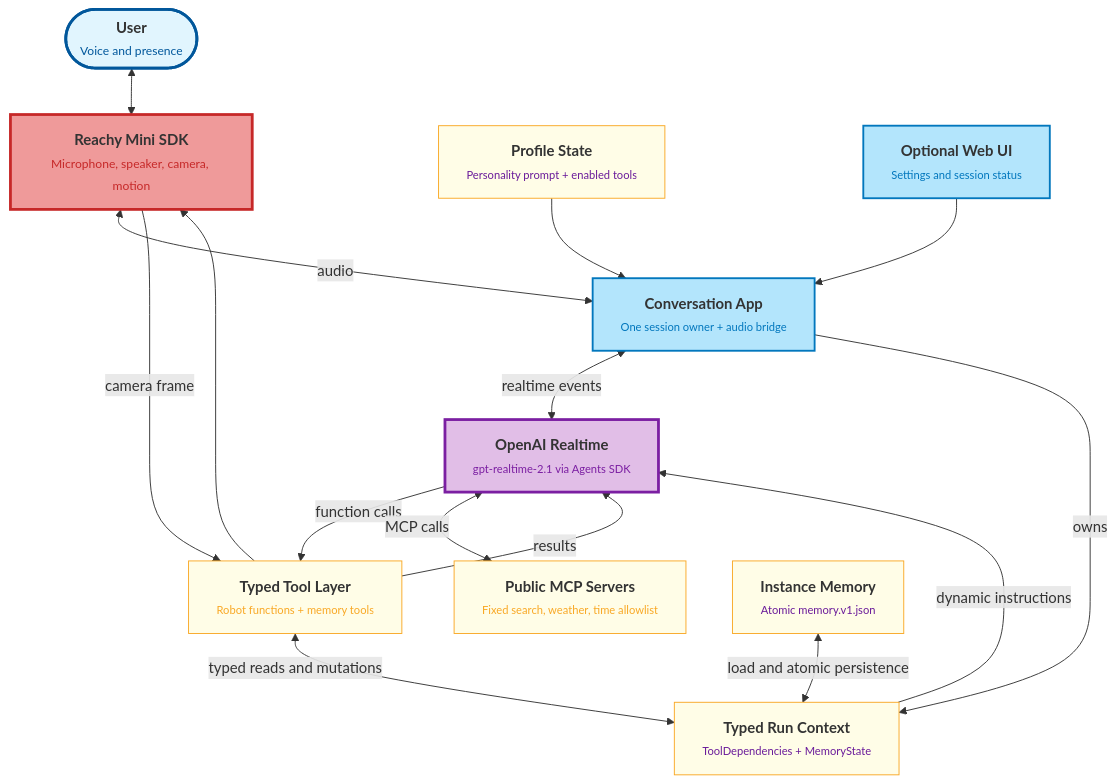
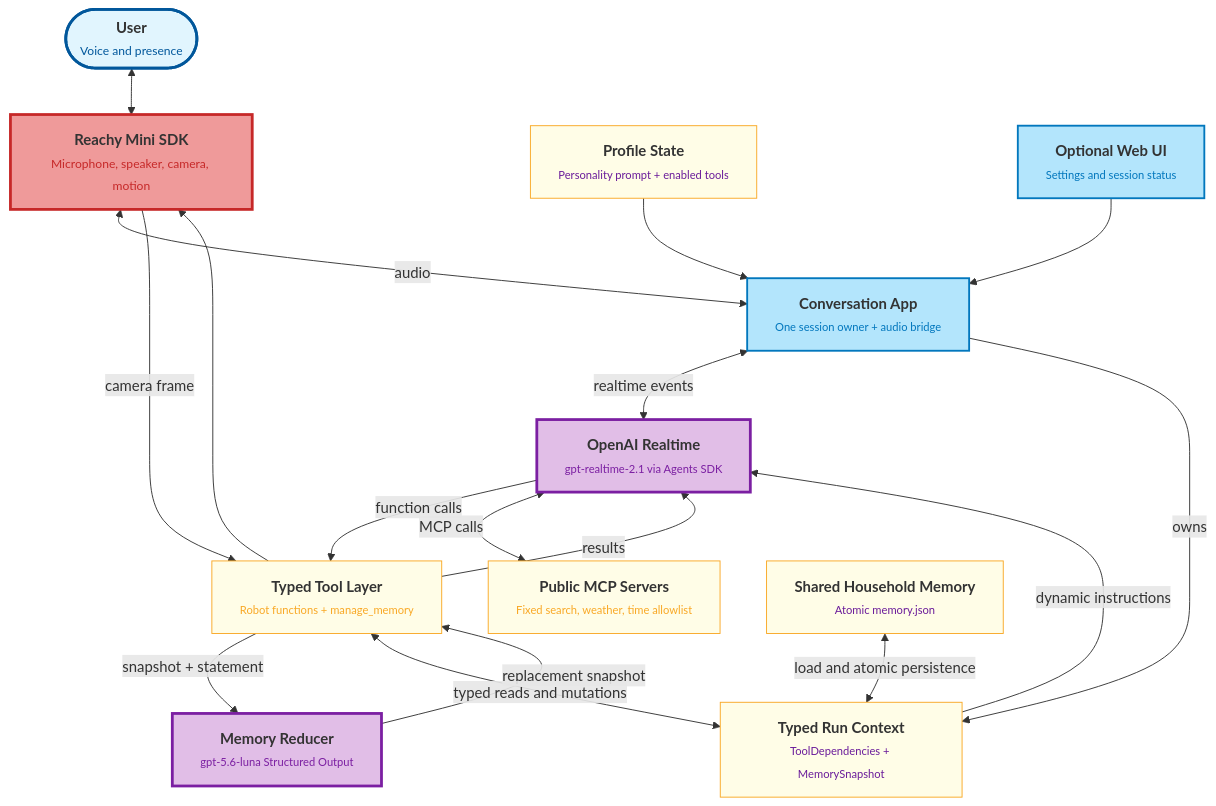
One commit to SaveTheRbtz/reachy_mini_conversation_app changed the diagram in docs/scheme.mmd. Above: the diagram before and after it, drawn with Mermaid. The commit also changed 33 other files, not shown here.

Commit message:
refactor: simplify shared household memory (#8)

```diff
--- a/docs/scheme.mmd
+++ b/docs/scheme.mmd
@@ -1,48 +1,52 @@
 ---
 config:
   layout: dagre
   flowchart:
     htmlLabels: true
 ---
 flowchart TB
     User(["<span style='font-size:16px;font-weight:bold;'>User</span><br><span style='font-size:13px;color:#01579b;'>Voice and presence</span>"])
     Robot@{ label: "<span style='font-size:16px;font-weight:bold;'>Reachy Mini SDK</span><br><span style='font-size:13px;color:#c62828;'>Microphone, speaker, camera, motion</span>" }
     App@{ label: "<span style='font-size:16px;font-weight:bold;'>Conversation App</span><br><span style='font-size:12px;color:#0277bd;'>One session owner + audio bridge</span>" }
     Realtime@{ label: "<span style='font-size:16px;font-weight:bold;'>OpenAI Realtime</span><br><span style='font-size:12px;color:#7b1fa2;'>gpt-realtime-2.1 via Agents SDK</span>" }
-    Tools@{ label: "<span style='font-size:16px;font-weight:bold;'>Typed Tool Layer</span><br><span style='font-size:12px;color:#f9a825;'>Robot functions + memory tools</span>" }
+    Tools@{ label: "<span style='font-size:16px;font-weight:bold;'>Typed Tool Layer</span><br><span style='font-size:12px;color:#f9a825;'>Robot functions + manage_memory</span>" }
+    Reducer@{ label: "<span style='font-size:16px;font-weight:bold;'>Memory Reducer</span><br><span style='font-size:12px;color:#7b1fa2;'>gpt-5.6-luna Structured Output</span>" }
     MCP@{ label: "<span style='font-size:16px;font-weight:bold;'>Public MCP Servers</span><br><span style='font-size:12px;color:#f9a825;'>Fixed search, weather, time allowlist</span>" }
     Profiles@{ label: "<span style='font-size:16px;font-weight:bold;'>Profile State</span><br><span style='font-size:12px;color:#6a1b9a;'>Personality prompt + enabled tools</span>" }
-    Context@{ label: "<span style='font-size:16px;font-weight:bold;'>Typed Run Context</span><br><span style='font-size:12px;color:#6a1b9a;'>ToolDependencies + MemoryState</span>" }
-    Memory@{ label: "<span style='font-size:16px;font-weight:bold;'>Instance Memory</span><br><span style='font-size:12px;color:#6a1b9a;'>Atomic memory.v1.json</span>" }
+    Context@{ label: "<span style='font-size:16px;font-weight:bold;'>Typed Run Context</span><br><span style='font-size:12px;color:#6a1b9a;'>ToolDependencies + MemorySnapshot</span>" }
+    Memory@{ label: "<span style='font-size:16px;font-weight:bold;'>Shared Household Memory</span><br><span style='font-size:12px;color:#6a1b9a;'>Atomic memory.json</span>" }
     UI@{ label: "<span style='font-size:16px;font-weight:bold;'>Optional Web UI</span><br><span style='font-size:12px;color:#0277bd;'>Settings and session status</span>" }
 
     User <--> Robot
     Robot <-- audio --> App
     App <-- realtime events --> Realtime
     Realtime -- function calls --> Tools
     Tools -- results --> Realtime
+    Tools -- snapshot + statement --> Reducer
+    Reducer -- replacement snapshot --> Tools
     Realtime <-- MCP calls --> MCP
     Profiles --> App
     App -- owns --> Context
     Context -- dynamic instructions --> Realtime
     Tools <-- typed reads and mutations --> Context
     Memory <-- load and atomic persistence --> Context
     Tools --> Robot
     Robot -- camera frame --> Tools
     UI --> App
 
     User:::userStyle
     UI:::uiStyle
     App:::uiStyle
     Realtime:::aiStyle
+    Reducer:::aiStyle
     Robot:::hardwareStyle
     Profiles:::toolStyle
     Context:::toolStyle
     Memory:::toolStyle
     Tools:::toolStyle
     MCP:::toolStyle
     classDef userStyle fill:#e1f5fe,stroke:#01579b,stroke-width:3px
     classDef uiStyle fill:#b3e5fc,stroke:#0277bd,stroke-width:2px
     classDef aiStyle fill:#e1bee7,stroke:#7b1fa2,stroke-width:3px
     classDef hardwareStyle fill:#ef9a9a,stroke:#c62828,stroke-width:3px
     classDef toolStyle fill:#fffde7,stroke:#f9a825,stroke-width:1px
```
